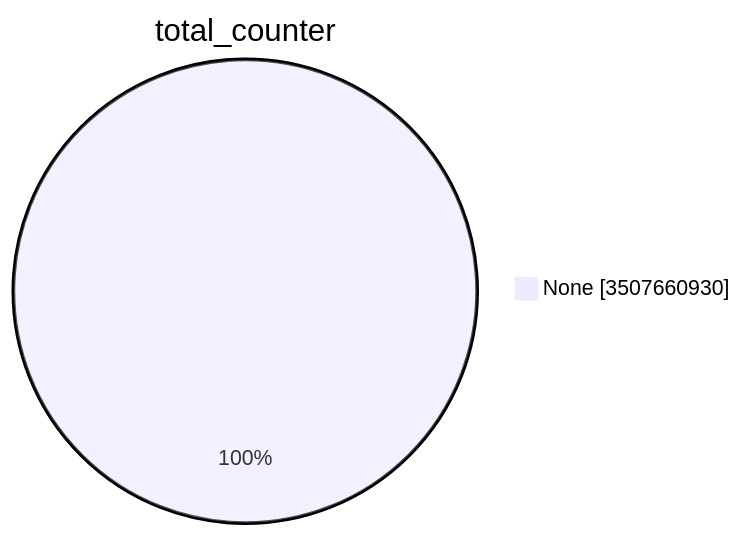
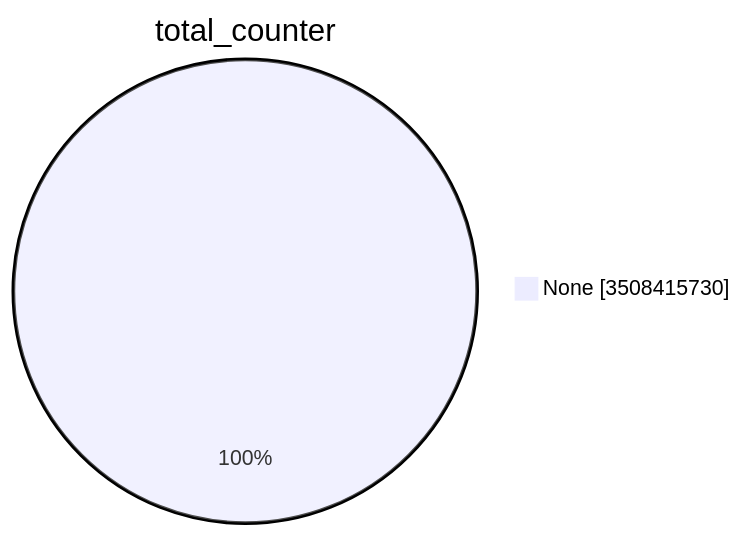
Before and after one commit to christiankrug/ctmonitor_visualization: the first of 15 diagrams in TOTAL/README.md, drawn with Mermaid. The commit also changed other lines of this file, not shown here.

````diff
--- a/TOTAL/README.md
+++ b/TOTAL/README.md
@@ -1,5 +1,5 @@
 ```mermaid
 pie showData
 title total_counter
-"None" :3507660930
+"None" :3508415730
 ```
````
